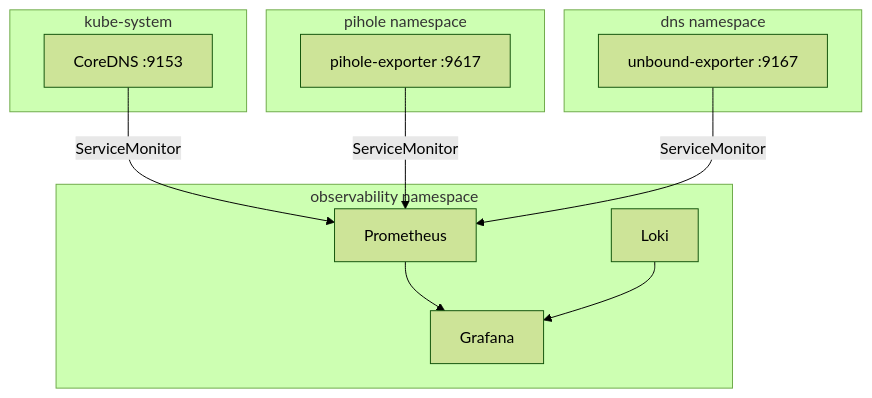
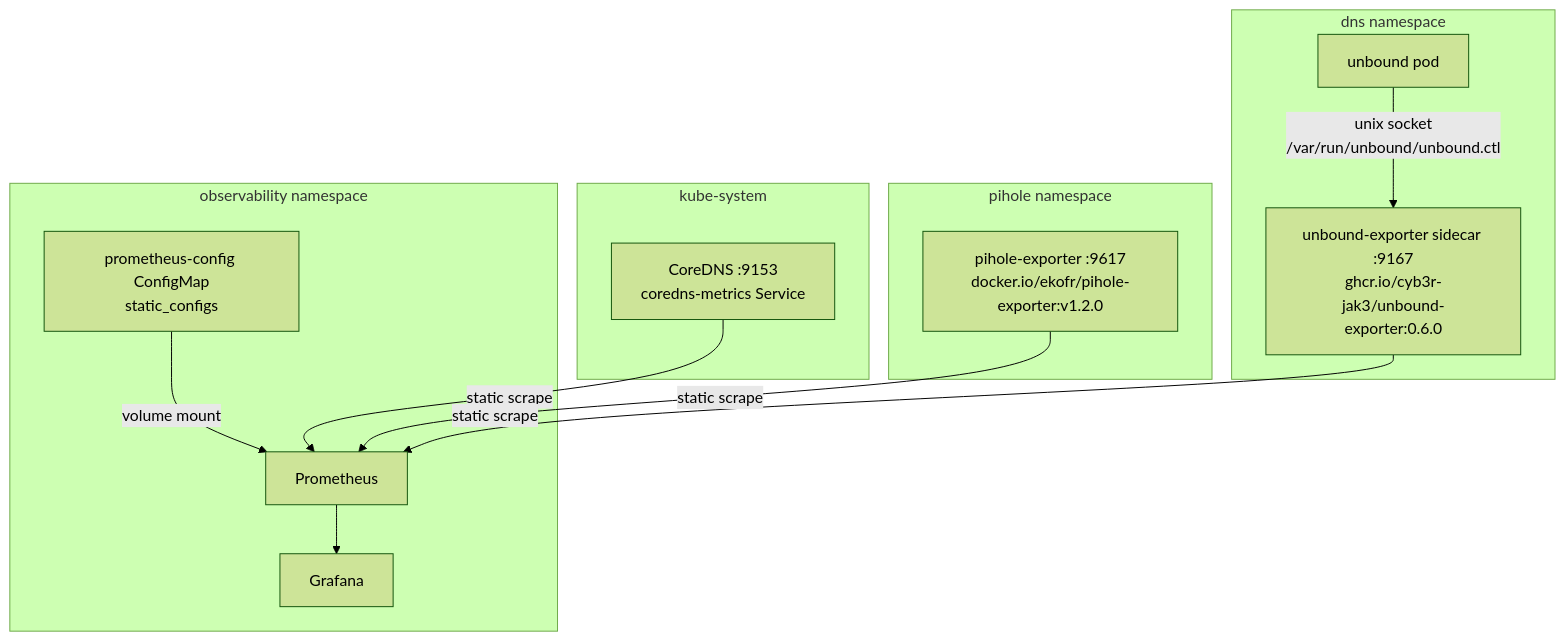
The diagram in docs/observability.md (ivanversluis/homelabs), drawn with Mermaid (forest theme) before and after one commit. The commit also changed other lines of this file and 1 other file, not shown here.

````diff
--- a/docs/observability.md
+++ b/docs/observability.md
@@ -9,22 +11,23 @@
 ```mermaid
 flowchart TD
   subgraph kube-system
-    CD[CoreDNS :9153]
+    CD[CoreDNS :9153\ncoredns-metrics Service]
   end
   subgraph pihole namespace
-    PE[pihole-exporter :9617]
+    PE[pihole-exporter :9617\ndocker.io/ekofr/pihole-exporter:v1.2.0]
   end
   subgraph dns namespace
-    UE[unbound-exporter :9167]
+    UB[unbound pod]
+    UB -->|unix socket\n/var/run/unbound/unbound.ctl| UE[unbound-exporter sidecar :9167\nghcr.io/cyb3r-jak3/unbound-exporter:0.6.0]
   end
   subgraph observability namespace
+    CM[prometheus-config ConfigMap\nstatic_configs]
     P[Prometheus]
     G[Grafana]
-    L[Loki]
+    CM -->|volume mount| P
   end
-  CD -->|ServiceMonitor| P
-  PE -->|ServiceMonitor| P
-  UE -->|ServiceMonitor| P
+  CD -->|static scrape| P
+  PE -->|static scrape| P
+  UE -->|static scrape| P
   P --> G
-  L --> G
 ```
````
